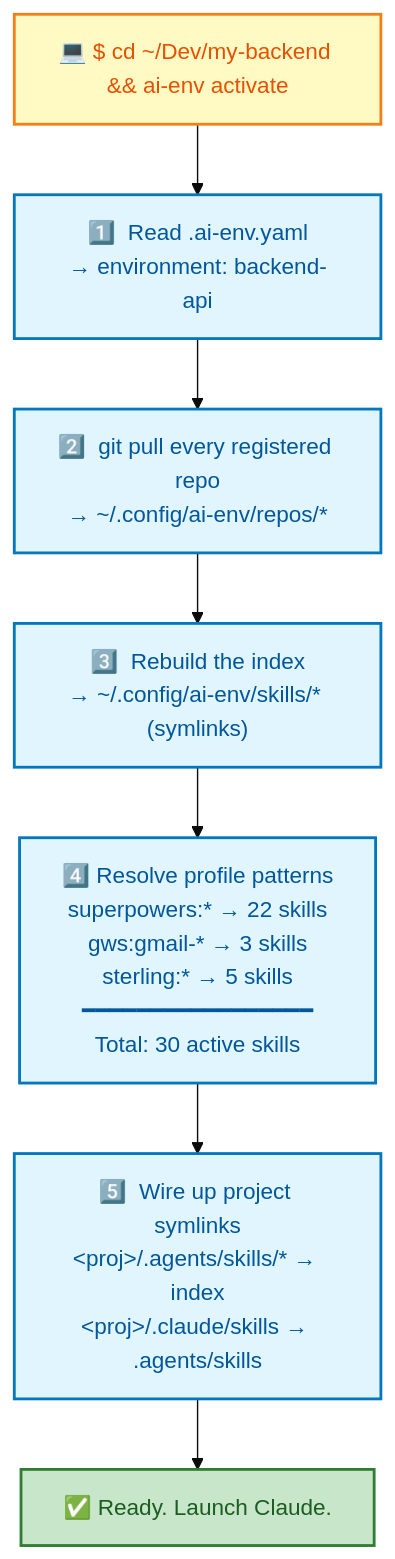
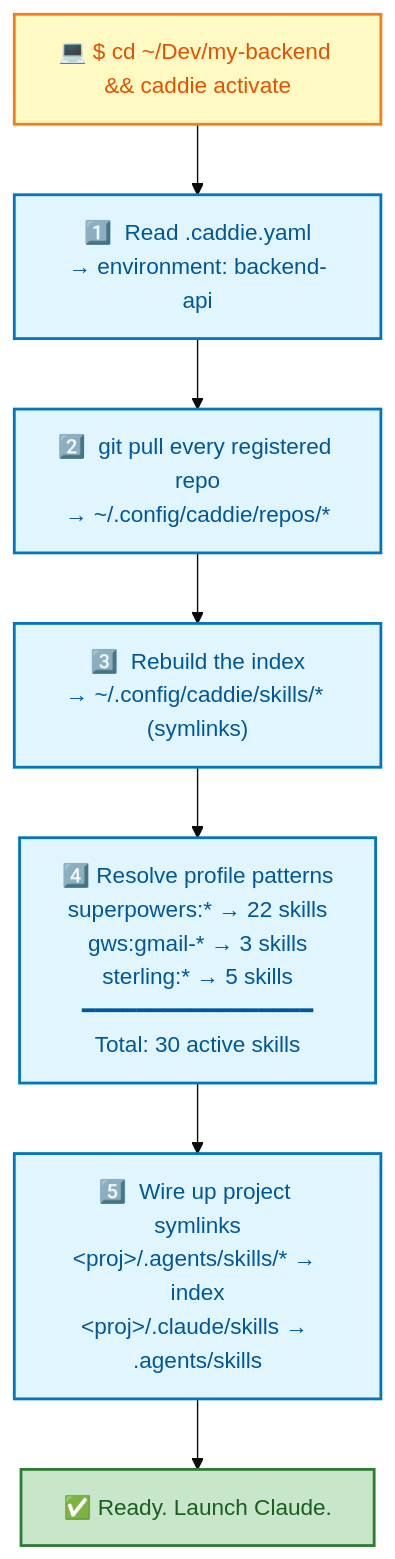
The diagram in docs/images/04-pipeline.mmd (Portauw/caddie), drawn with Mermaid (base theme) before and after one commit. The commit also changed 21 other files, not shown here.

First line of the commit message:
chore: rename ai-env → caddie

```diff
--- a/docs/images/04-pipeline.mmd
+++ b/docs/images/04-pipeline.mmd
@@ -1,12 +1,12 @@
 flowchart TB
     classDef step fill:#e1f5fe,stroke:#0277bd,stroke-width:2px,color:#01579b
     classDef start fill:#fff9c4,stroke:#f57f17,stroke-width:2px,color:#e65100
     classDef done fill:#c8e6c9,stroke:#2e7d32,stroke-width:2px,color:#1b5e20
 
-    A["💻 $ cd ~/Dev/my-backend &amp;&amp; ai-env activate"]:::start
-    A --> B["1️⃣  Read .ai-env.yaml<br/>→ environment: backend-api"]:::step
-    B --> C["2️⃣  git pull every registered repo<br/>→ ~/.config/ai-env/repos/*"]:::step
-    C --> D["3️⃣  Rebuild the index<br/>→ ~/.config/ai-env/skills/* (symlinks)"]:::step
+    A["💻 $ cd ~/Dev/my-backend &amp;&amp; caddie activate"]:::start
+    A --> B["1️⃣  Read .caddie.yaml<br/>→ environment: backend-api"]:::step
+    B --> C["2️⃣  git pull every registered repo<br/>→ ~/.config/caddie/repos/*"]:::step
+    C --> D["3️⃣  Rebuild the index<br/>→ ~/.config/caddie/skills/* (symlinks)"]:::step
     D --> E["4️⃣  Resolve profile patterns<br/>superpowers:* → 22 skills<br/>gws:gmail-* → 3 skills<br/>sterling:* → 5 skills<br/>━━━━━━━━━━━━━━━━━<br/>Total: 30 active skills"]:::step
     E --> F["5️⃣  Wire up project symlinks<br/>&lt;proj&gt;/.agents/skills/* → index<br/>&lt;proj&gt;/.claude/skills → .agents/skills"]:::step
     F --> G["✅ Ready. Launch Claude."]:::done
```
